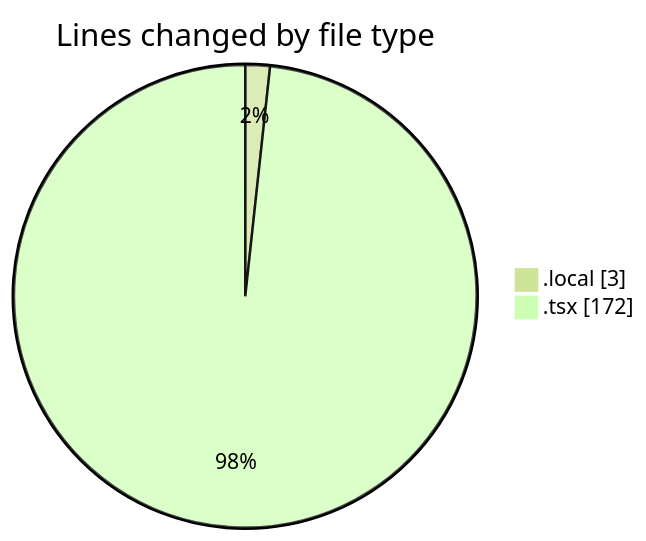
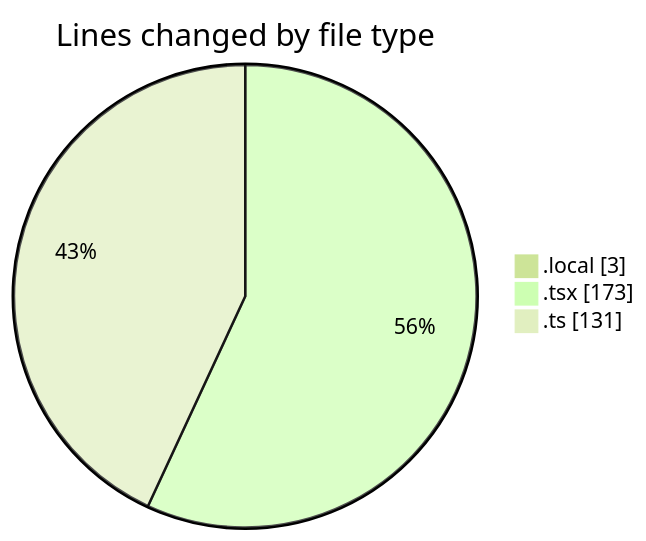
Before and after one commit to julien-gomy/code-tracking: the first of 2 diagrams in 2025-11-20/eventscop-frontend-guide__workspace_/README.md, drawn with Mermaid (forest theme). The commit also changed other lines of this file and 1 other file, not shown here.

````diff
--- a/2025-11-20/eventscop-frontend-guide__workspace_/README.md
+++ b/2025-11-20/eventscop-frontend-guide__workspace_/README.md
@@ -21,6 +23,7 @@
 ```mermaid
 pie showData
 title Lines changed by file type
 ".local" : 3
-".tsx" : 172
+".tsx" : 173
+".ts" : 131
 ```
````
